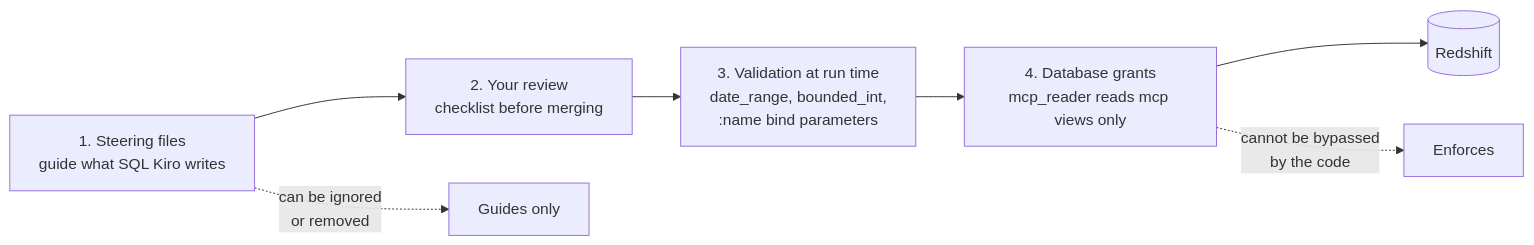
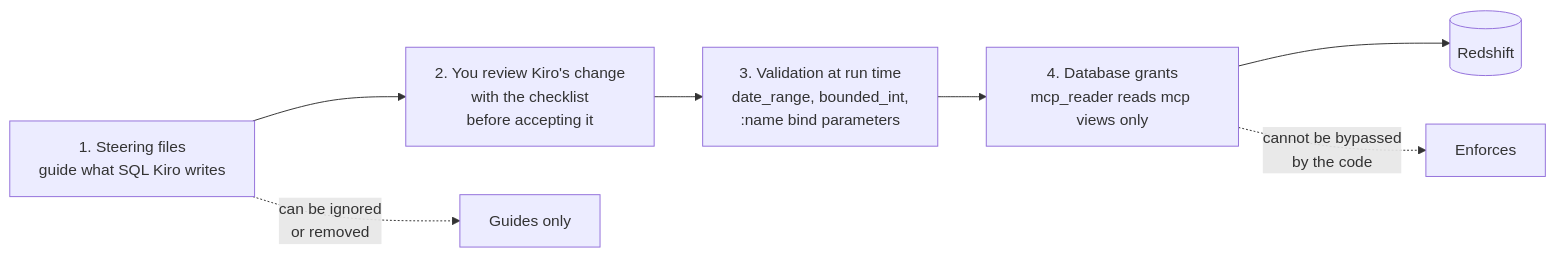
Before and after one commit to kuettai/ktws: the first of 2 diagrams in AWS-001-AgenticFromScratch/day1/02-redshift-tools.md, drawn with Mermaid. The commit also changed other lines of this file and 4 other files, not shown here.

First line of the commit message:
Fix render_diagrams.py deleting page content; restore M04; explain defence in depth

````diff
--- a/AWS-001-AgenticFromScratch/day1/02-redshift-tools.md
+++ b/AWS-001-AgenticFromScratch/day1/02-redshift-tools.md
@@ -20,9 +20,9 @@
 ```mermaid
 flowchart LR
-    A["1. Steering files<br/>guide what SQL Kiro writes"] --> B["2. Your review<br/>checklist before merging"]
+    A["1. Steering files<br/>guide what SQL Kiro writes"] --> B["2. You review Kiro's change<br/>with the checklist<br/>before accepting it"]
     B --> C["3. Validation at run time<br/>date_range, bounded_int,<br/>:name bind parameters"]
     C --> D["4. Database grants<br/>mcp_reader reads mcp views only"]
     D --> E[("Redshift")]
     A -. "can be ignored<br/>or removed" .-> X["Guides only"]
     D -. "cannot be bypassed<br/>by the code" .-> Y["Enforces"]
 ```
````
